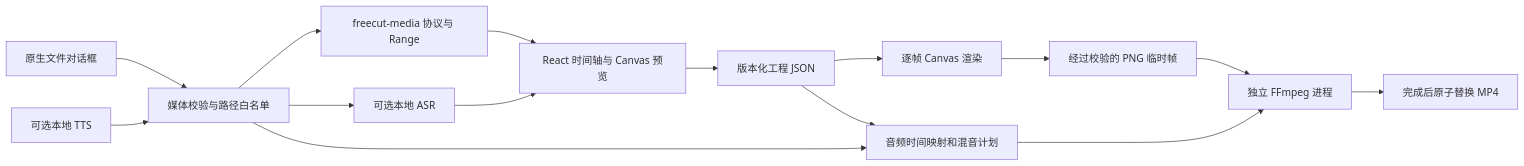
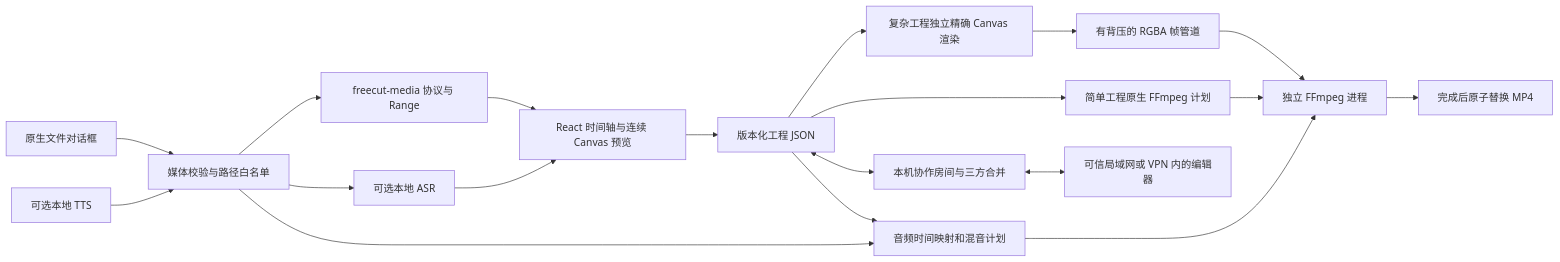
The diagram in docs/ARCHITECTURE.md (Watertube-bilibili/freecut-desktop), drawn with Mermaid before and after one commit. The commit also changed other lines of this file and 34 other files, not shown here.

````diff
--- a/docs/ARCHITECTURE.md
+++ b/docs/ARCHITECTURE.md
@@ -7,17 +7,21 @@
 ```mermaid
 flowchart LR
   A[原生文件对话框] --> B[媒体校验与路径白名单]
   B --> C[freecut-media 协议与 Range]
-  C --> D[React 时间轴与 Canvas 预览]
+  C --> D[React 时间轴与连续 Canvas 预览]
   D --> E[版本化工程 JSON]
-  E --> F[逐帧 Canvas 渲染]
-  F --> G[经过校验的 PNG 临时帧]
+  E --> N[简单工程原生 FFmpeg 计划]
+  E --> F[复杂工程独立精确 Canvas 渲染]
+  F --> G[有背压的 RGBA 帧管道]
   E --> H[音频时间映射和混音计划]
   B --> H
   G --> I[独立 FFmpeg 进程]
+  N --> I
   H --> I
   I --> J[完成后原子替换 MP4]
   B --> K[可选本地 ASR]
   K --> D
   L[可选本地 TTS] --> B
+  E <--> M[本机协作房间与三方合并]
+  M <--> O[可信局域网或 VPN 内的编辑器]
 ```
````
